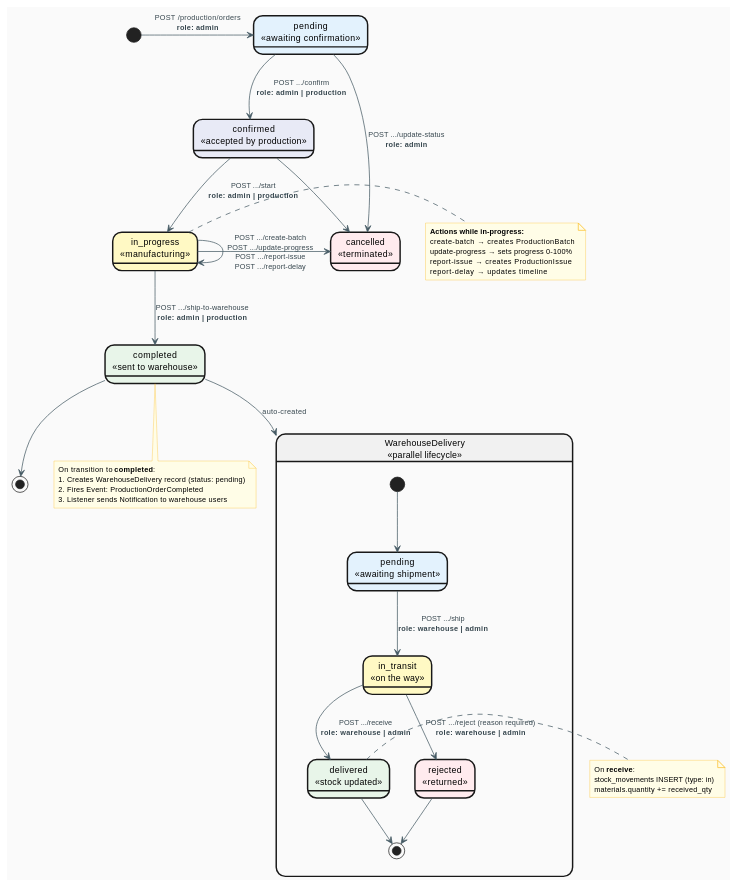
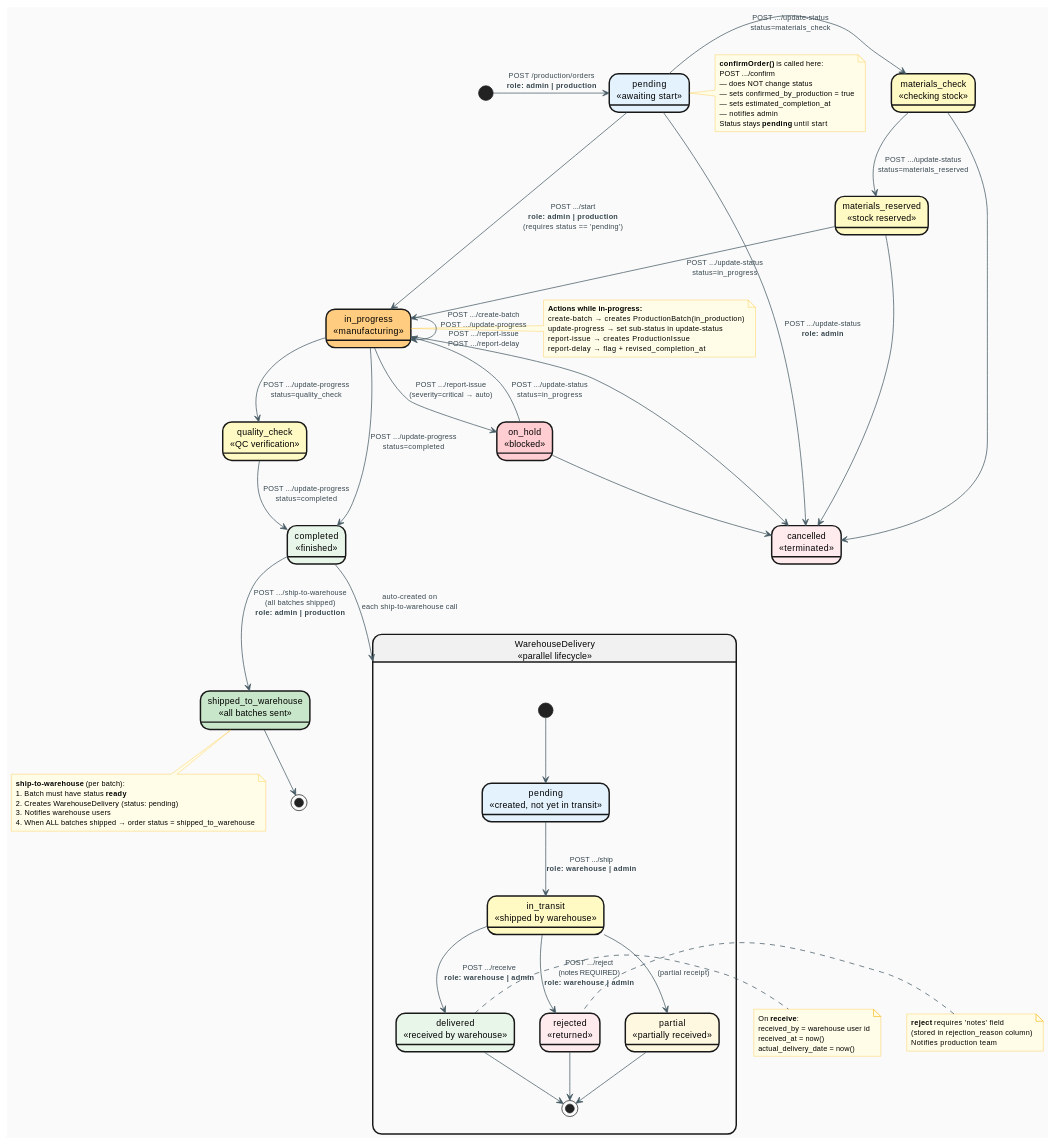
Before and after one commit to Tekashian/WindowWidow: the diagram in docs/05-state-machine-produkcja.md, drawn with PlantUML. The commit also changed other lines of this file and 6 other files, not shown here.

First line of the commit message:
fix: deep UML audit + 1 more hardcoded URL

````diff
--- a/docs/05-state-machine-produkcja.md
+++ b/docs/05-state-machine-produkcja.md
@@ -26,62 +26,100 @@
 }
 
 ' ─── PRODUCTION ORDER LIFECYCLE ───
-state "pending\n<<awaiting confirmation>>" as S_PENDING #E3F2FD
-state "confirmed\n<<accepted by production>>" as S_CONFIRMED #E8EAF6
-state "in_progress\n<<manufacturing>>" as S_WIP #FFF9C4
-state "completed\n<<sent to warehouse>>" as S_DONE #E8F5E9
+state "pending\n<<awaiting start>>" as S_PENDING #E3F2FD
+state "materials_check\n<<checking stock>>" as S_MATCHECK #FFF9C4
+state "materials_reserved\n<<stock reserved>>" as S_MATRES #FFF9C4
+state "in_progress\n<<manufacturing>>" as S_WIP #FFCC80
+state "quality_check\n<<QC verification>>" as S_QC #FFF9C4
+state "completed\n<<finished>>" as S_DONE #E8F5E9
+state "shipped_to_warehouse\n<<all batches sent>>" as S_SHIPPED #C8E6C9
+state "on_hold\n<<blocked>>" as S_HOLD #FFCDD2
 state "cancelled\n<<terminated>>" as S_CANCEL #FFEBEE
 
-[*] -> S_PENDING : POST /production/orders\n**role: admin**
+[*] -> S_PENDING : POST /production/orders\n**role: admin | production**
 
-S_PENDING   --> S_CONFIRMED : POST .../confirm\n**role: admin | production**
-S_CONFIRMED --> S_WIP       : POST .../start\n**role: admin | production**
+note right of S_PENDING
+  <b>confirmOrder()</b> is called here:
+  POST .../confirm
+  — does NOT change status
+  — sets confirmed_by_production = true
+  — sets estimated_completion_at
+  — notifies admin
+  Status stays <b>pending</b> until start
+end note
+
+S_PENDING --> S_WIP       : POST .../start\n**role: admin | production**\n(requires status == 'pending')
+
+S_PENDING     -right-> S_MATCHECK    : POST .../update-status\nstatus=materials_check
+S_MATCHECK    --> S_MATRES           : POST .../update-status\nstatus=materials_reserved
+S_MATRES      --> S_WIP              : POST .../update-status\nstatus=in_progress
 
 S_WIP --> S_WIP : POST .../create-batch\nPOST .../update-progress\nPOST .../report-issue\nPOST .../report-delay
 
 note right of S_WIP
   <b>Actions while in-progress:</b>
-  create-batch     → creates ProductionBatch
-  update-progress  → sets progress 0–100%
+  create-batch     → creates ProductionBatch(in_production)
+  update-progress  → set sub-status in update-status
   report-issue     → creates ProductionIssue
-  report-delay     → updates timeline
+  report-delay     → flag + revised_completion_at
 end note
 
-S_WIP --> S_DONE    : POST .../ship-to-warehouse\n**role: admin | production**
-S_DONE --> [*]
+S_WIP         --> S_QC               : POST .../update-progress\nstatus=quality_check
+S_QC          --> S_DONE             : POST .../update-progress\nstatus=completed
+S_WIP         --> S_DONE             : POST .../update-progress\nstatus=completed
 
-S_PENDING   -right-> S_CANCEL : POST .../update-status\n**role: admin**
-S_CONFIRMED -right-> S_CANCEL
-S_WIP       -right-> S_CANCEL
+S_DONE        --> S_SHIPPED          : POST .../ship-to-warehouse\n(all batches shipped)\n**role: admin | production**
 
-note bottom of S_DONE
-  On transition to <b>completed</b>:
-  1. Creates WarehouseDelivery record (status: pending)
-  2. Fires Event: ProductionOrderCompleted
-  3. Listener sends Notification to warehouse users
+S_WIP         --> S_HOLD             : POST .../report-issue\n(severity=critical → auto)
+S_HOLD        --> S_WIP              : POST .../update-status\nstatus=in_progress
+
+S_PENDING     -down-> S_CANCEL : POST .../update-status\n**role: admin**
+S_MATCHECK    -down-> S_CANCEL
+S_MATRES      -down-> S_CANCEL
+S_WIP         -down-> S_CANCEL
+S_HOLD        -down-> S_CANCEL
+
+S_SHIPPED --> [*]
+
+note bottom of S_SHIPPED
+  <b>ship-to-warehouse</b> (per batch):
+  1. Batch must have status <b>ready</b>
+  2. Creates WarehouseDelivery (status: pending)
+  3. Notifies warehouse users
+  4. When ALL batches shipped → order status = shipped_to_warehouse
 end note
 
 ' ─── WAREHOUSE DELIVERY LIFECYCLE ───
 state "WarehouseDelivery\n<<parallel lifecycle>>" as WD {
-  state "pending\n<<awaiting shipment>>"   as WD_P  #E3F2FD
-  state "in_transit\n<<on the way>>"        as WD_T  #FFF9C4
-  state "delivered\n<<stock updated>>"      as WD_D  #E8F5E9
-  state "rejected\n<<returned>>"            as WD_R  #FFEBEE
+  state "pending\n<<created, not yet in transit>>"   as WD_P  #E3F2FD
+  state "in_transit\n<<shipped by warehouse>>"        as WD_T  #FFF9C4
+  state "delivered\n<<received by warehouse>>"        as WD_D  #E8F5E9
+  state "rejected\n<<returned>>"                      as WD_R  #FFEBEE
+  state "partial\n<<partially received>>"             as WD_PA #FFF8E1
 
   [*]   --> WD_P
-  WD_P  --> WD_T : POST .../ship\n**role: warehouse | admin**
-  WD_T  --> WD_D : POST .../receive\n**role: warehouse | admin**
-  WD_T  --> WD_R : POST .../reject (reason required)\n**role: warehouse | admin**
+  WD_P  --> WD_T  : POST .../ship\n**role: warehouse | admin**
+  WD_T  --> WD_D  : POST .../receive\n**role: warehouse | admin**
+  WD_T  --> WD_R  : POST .../reject\n(notes REQUIRED)\n**role: warehouse | admin**
+  WD_T  --> WD_PA : (partial receipt)
   WD_D  --> [*]
   WD_R  --> [*]
+  WD_PA --> [*]
 }
 
-S_DONE -down-> WD : auto-created
+S_DONE -down-> WD : auto-created on\neach ship-to-warehouse call
 
 note right of WD_D
   On <b>receive</b>:
-  stock_movements INSERT (type: in)
-  materials.quantity += received_qty
+  received_by = warehouse user id
+  received_at = now()
+  actual_delivery_date = now()
+end note
+
+note left of WD_R
+  <b>reject</b> requires 'notes' field
+  (stored in rejection_reason column)
+  Notifies production team
 end note
 @enduml
 ```
````
